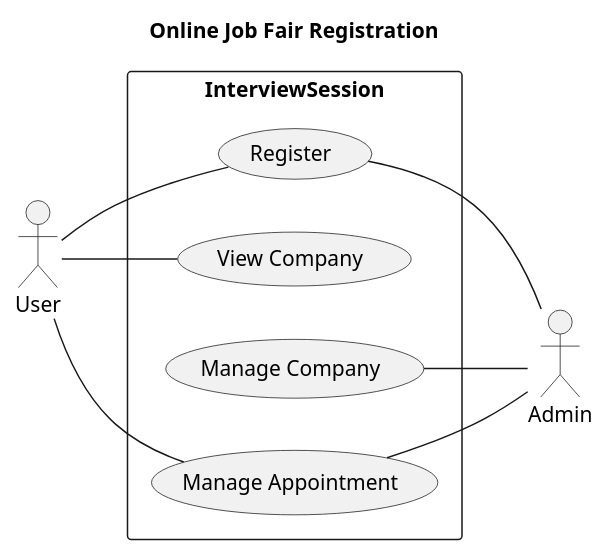
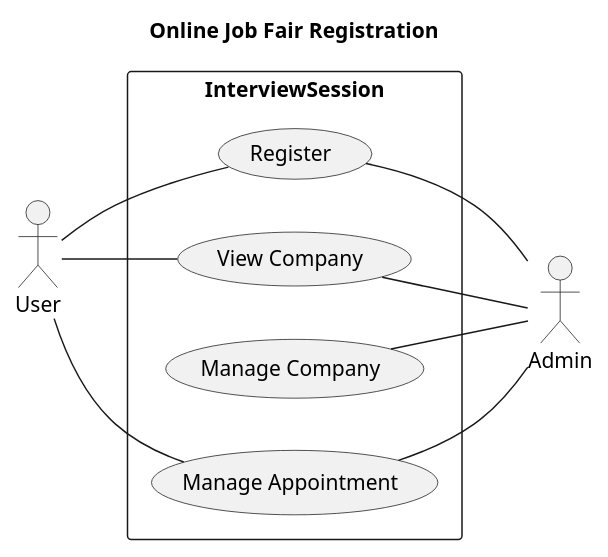
One commit to 2110503TACEDT66/presentation-day-1-black_end changed the diagram in useCaseDiagram.puml. Above: the diagram before and after it, drawn with PlantUML.

Commit message:
fix use case diagram

```diff
--- a/useCaseDiagram.puml
+++ b/useCaseDiagram.puml
@@ -1,21 +1,22 @@
 @startuml
 
 left to right direction
 
 title "Online Job Fair Registration"
 
 actor Admin as A
 actor User as U
 
 
 rectangle InterviewSession {
     U -- (Register)
     (Register) -- A
     U -- (View Company)
+    (View Company) -- A
     (Manage Company) -- A
     U -- (Manage Appointment)
     (Manage Appointment) -- A
 }
 
 
 @enduml
```
